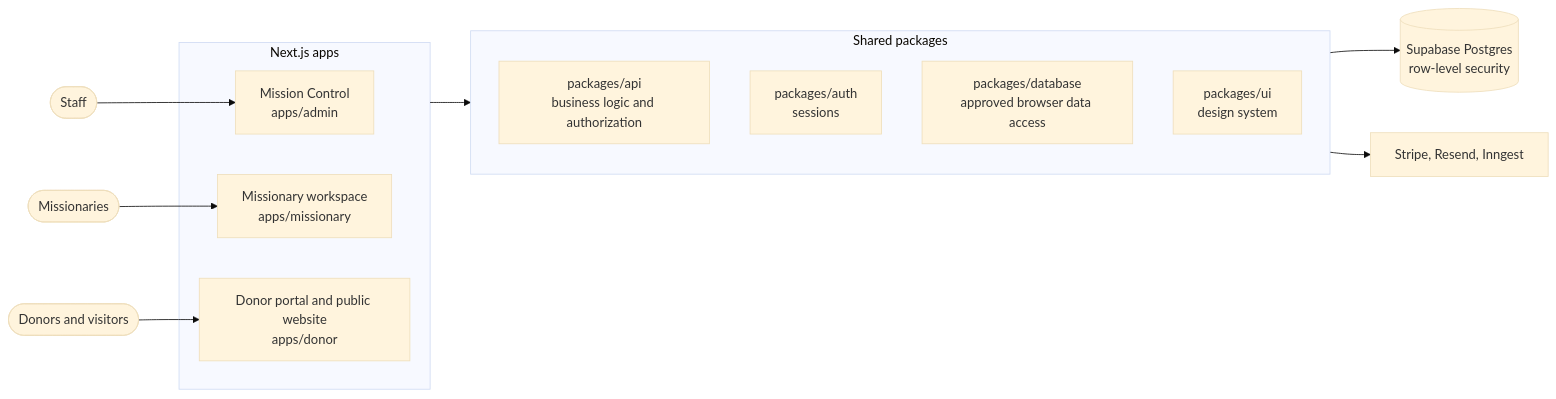
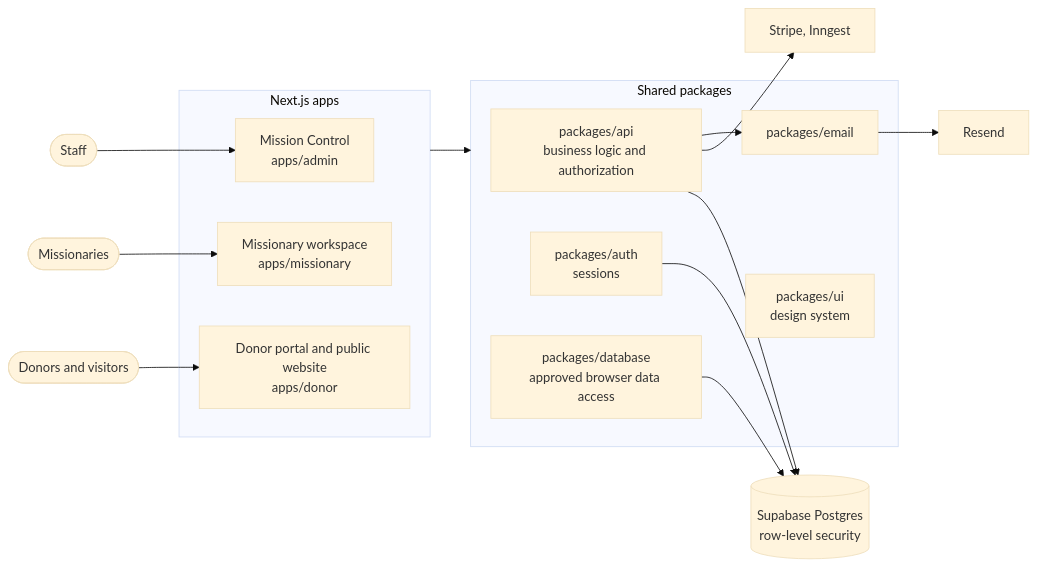
Before and after one commit to Asymmetric-al/core: the diagram in README.md, drawn with Mermaid (base theme). The commit also changed other lines of this file, not shown here.

First line of the commit message:
docs(readme): correct the public-site, diagram and quick-start claims

````diff
--- a/README.md
+++ b/README.md
@@ -85,23 +85,27 @@
 ```mermaid
 flowchart LR
   staff([Staff]) --> admin
   missionaries([Missionaries]) --> workspace
   donors([Donors and visitors]) --> donor
 
   subgraph apps [Next.js apps]
     admin["Mission Control<br/>apps/admin"]
     workspace["Missionary workspace<br/>apps/missionary"]
     donor["Donor portal and public website<br/>apps/donor"]
   end
 
   subgraph shared [Shared packages]
     api["packages/api<br/>business logic and authorization"]
     auth["packages/auth<br/>sessions"]
     database["packages/database<br/>approved browser data access"]
+    email["packages/email"]
     ui["packages/ui<br/>design system"]
   end
 
   apps --> shared
-  shared --> postgres[("Supabase Postgres<br/>row-level security")]
-  shared --> providers["Stripe, Resend, Inngest"]
+  api --> postgres[("Supabase Postgres<br/>row-level security")]
+  auth --> postgres
+  database --> postgres
+  api --> providers["Stripe, Inngest"]
+  api --> email --> resend["Resend"]
 ```
````
